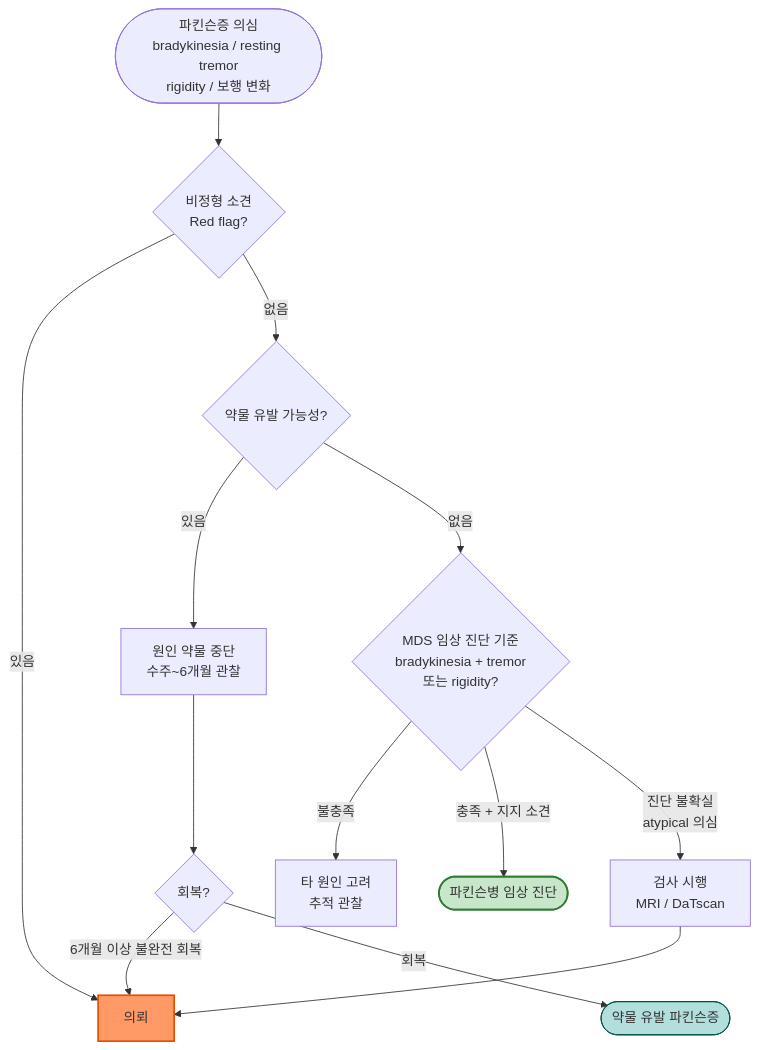
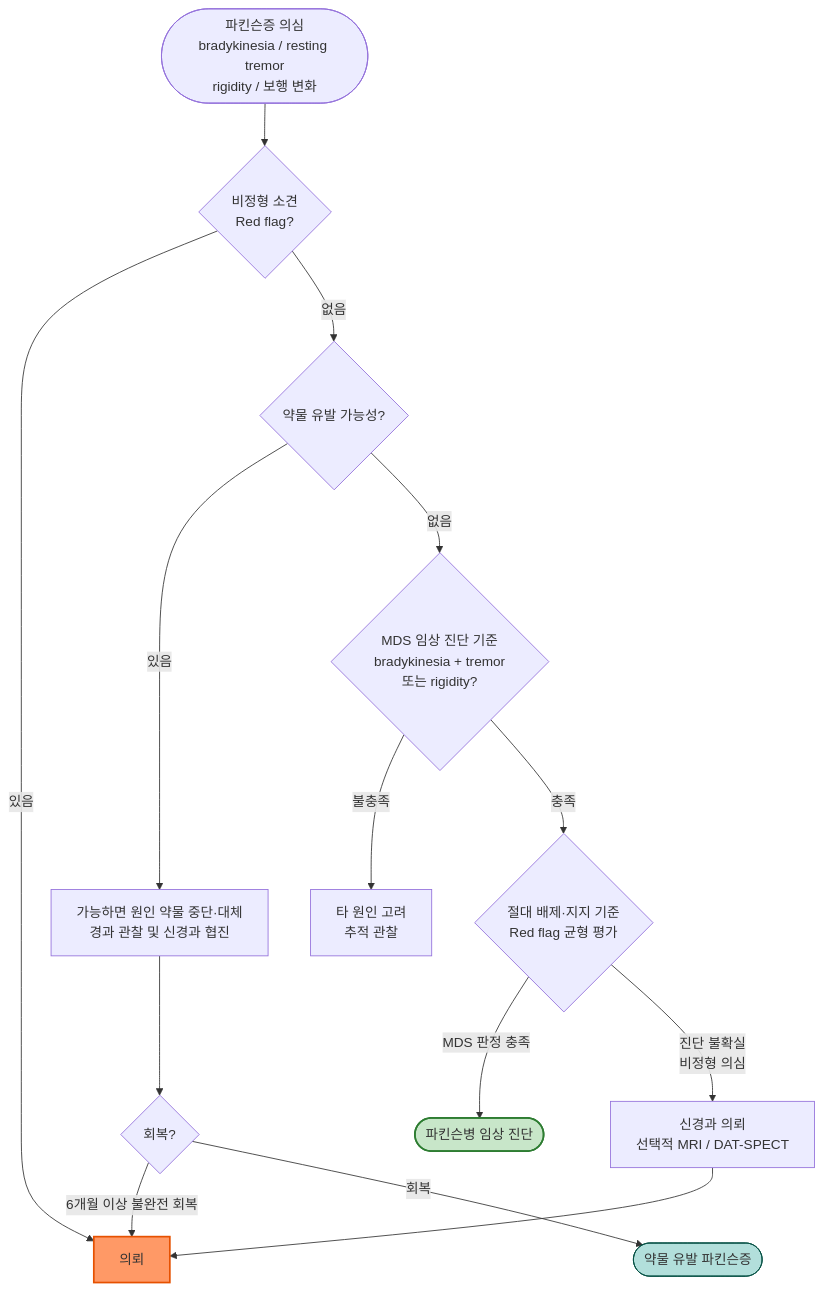
One commit to familyoh77/familyoh77 changed the first of 2 diagrams in 221_/035_-parkinsons-disease.md. Above: the diagram before and after it, drawn with Mermaid. The commit also changed other lines of this file, not shown here.

````diff
--- a/221_/035_-parkinsons-disease.md
+++ b/221_/035_-parkinsons-disease.md
@@ -214,19 +197,20 @@
 ```mermaid
 graph TD
-    A([파킨슨증 의심<br/>bradykinesia / resting tremor\nrigidity / 보행 변화]) --> B{비정형 소견<br/>Red flag?}
+    A([파킨슨증 의심<br/>bradykinesia / resting tremor<br/>rigidity / 보행 변화]) --> B{비정형 소견<br/>Red flag?}
     B -->|있음| C[의뢰]
     B -->|없음| D{약물 유발 가능성?}
-    D -->|있음| E[원인 약물 중단 <br/>수주~6개월 관찰]
+    D -->|있음| E[가능하면 원인 약물 중단·대체<br/>경과 관찰 및 신경과 협진]
     E --> F{회복?}
     F -->|6개월 이상 불완전 회복| C
     F -->|회복| G([약물 유발 파킨슨증])
     D -->|없음| H{MDS 임상 진단 기준<br/>bradykinesia + tremor <br/>또는 rigidity?}
     H -->|불충족| I[타 원인 고려<br/>추적 관찰]
-    H -->|충족 + 지지 소견| J([파킨슨병 임상 진단])
-    H -->|진단 불확실<br/>atypical 의심| K[검사 시행<br/>MRI / DaTscan]
+    H -->|충족| J{절대 배제·지지 기준<br/>Red flag 균형 평가}
+    J -->|MDS 판정 충족| R([파킨슨병 임상 진단])
+    J -->|진단 불확실<br/>비정형 의심| K[신경과 의뢰<br/>선택적 MRI / DAT-SPECT]
     K --> C
 
     style C fill:#f96,stroke:#e65100,stroke-width:2px
     style G fill:#b2dfdb,stroke:#004d40,stroke-width:1px
-    style J fill:#c8e6c9,stroke:#2e7d32,stroke-width:2px
+    style R fill:#c8e6c9,stroke:#2e7d32,stroke-width:2px
 ```
````
